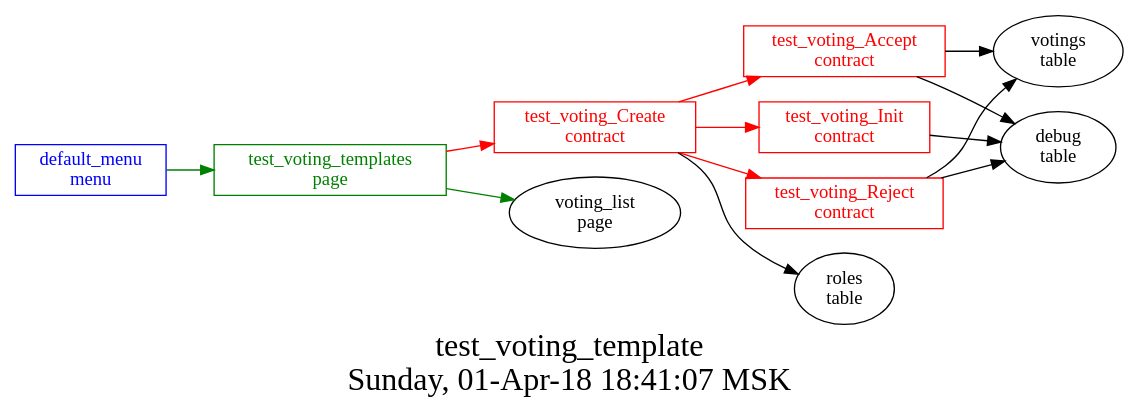
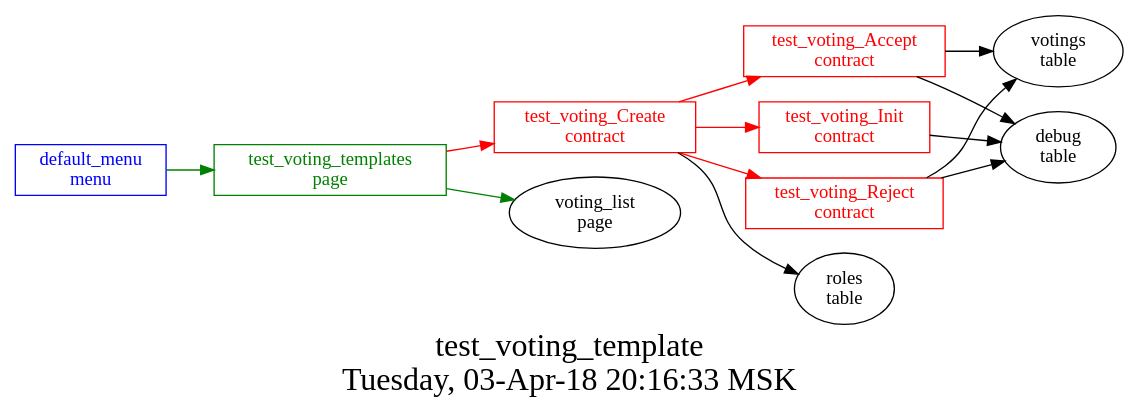
One commit to AplaProject/apps changed the diagram in src/basic/basic_main/test_voting_templates/struct.dot. Above: the diagram before and after it, drawn with Graphviz. The commit also changed 9 other files, not shown here.

```diff
--- a/src/basic/basic_main/test_voting_templates/struct.dot
+++ b/src/basic/basic_main/test_voting_templates/struct.dot
@@ -1,29 +1,29 @@
 digraph G {
 graph [
   fontsize="24";
-  label="test_voting_template\nSunday, 01-Apr-18 18:41:07 MSK";
+  label="test_voting_template\nTuesday, 03-Apr-18 20:16:33 MSK";
   nojustify=true;
   ordering=out;
   rankdir=LR;
   size="30";
 ];
 "default_menu\nmenu" -> "test_voting_templates\npage"  [ color=green ]
 "default_menu\nmenu" [color=blue, fontcolor=blue, group=menus, shape=record];
 "test_voting_templates\npage" -> "test_voting_Create\ncontract"  [ color=red ]
 "test_voting_templates\npage" -> "voting_list\npage"  [ color=green ]
 "test_voting_templates\npage" [color=green, fontcolor=green, group=pages, shape=record];
 "test_voting_Accept\ncontract" -> "votings\ntable"  [ color="" ]
 "test_voting_Accept\ncontract" -> "debug\ntable"  [ color="" ]
 "test_voting_Accept\ncontract" [color=red, fontcolor=red, group=contracts, shape=record];
 "test_voting_Create\ncontract" -> "test_voting_Accept\ncontract"  [ color=red ]
 "test_voting_Create\ncontract" -> "test_voting_Init\ncontract"  [ color=red ]
 "test_voting_Create\ncontract" -> "test_voting_Reject\ncontract"  [ color=red ]
 "test_voting_Create\ncontract" -> "roles\ntable"  [ color="" ]
 "test_voting_Create\ncontract" [color=red, fontcolor=red, group=contracts, shape=record];
 "test_voting_Init\ncontract" -> "debug\ntable"  [ color="" ]
 "test_voting_Init\ncontract" [color=red, fontcolor=red, group=contracts, shape=record];
 "test_voting_Reject\ncontract" -> "votings\ntable"  [ color="" ]
 "test_voting_Reject\ncontract" -> "debug\ntable"  [ color="" ]
 "test_voting_Reject\ncontract" [color=red, fontcolor=red, group=contracts, shape=record];
 "debug\ntable" [color="", fontcolor="", group=tables, shape=""];
 }
```
